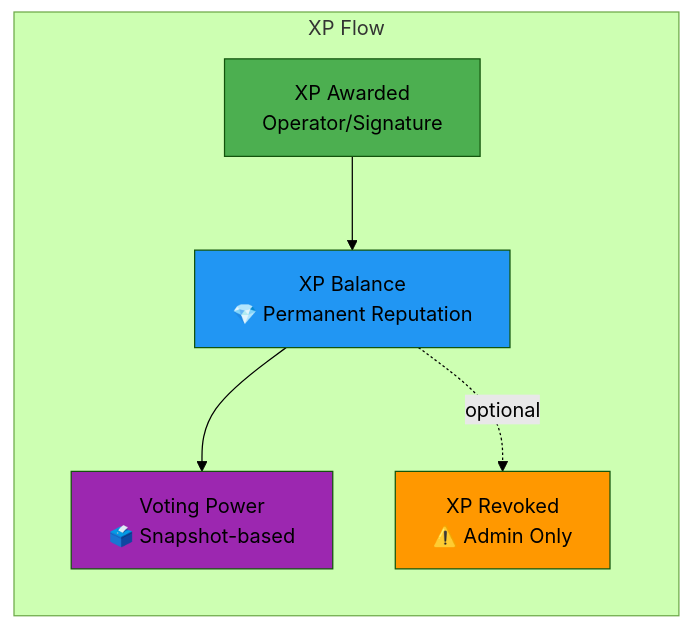
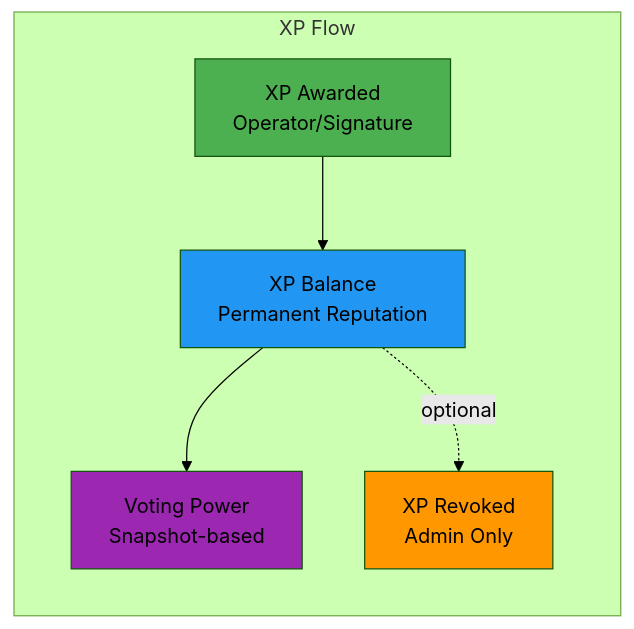
The seventh of 10 diagrams in README.md (Elata-Biosciences/elata-protocol), drawn with Mermaid (forest theme) before and after one commit. The commit also changed other lines of this file and 41 other files, not shown here.

````diff
--- a/README.md
+++ b/README.md
@@ -712,18 +729,18 @@
 ```mermaid
 graph LR
     subgraph "XP Flow"
         AWARD[XP Awarded<br/> Operator/Signature]
-        HOLD[XP Balance<br/>💎 Permanent Reputation]
-        VOTE[Voting Power<br/>🗳️ Snapshot-based]
-        REVOKE[XP Revoked<br/>⚠️ Admin Only]
+        HOLD[XP Balance<br/>Permanent Reputation]
+        VOTE[Voting Power<br/>Snapshot-based]
+        REVOKE[XP Revoked<br/>Admin Only]
     end
     
     AWARD --> HOLD
     HOLD --> VOTE
     HOLD -.optional.-> REVOKE
     
     style AWARD fill:#4caf50
     style HOLD fill:#2196f3
     style VOTE fill:#9c27b0
     style REVOKE fill:#ff9800
 ```
````
